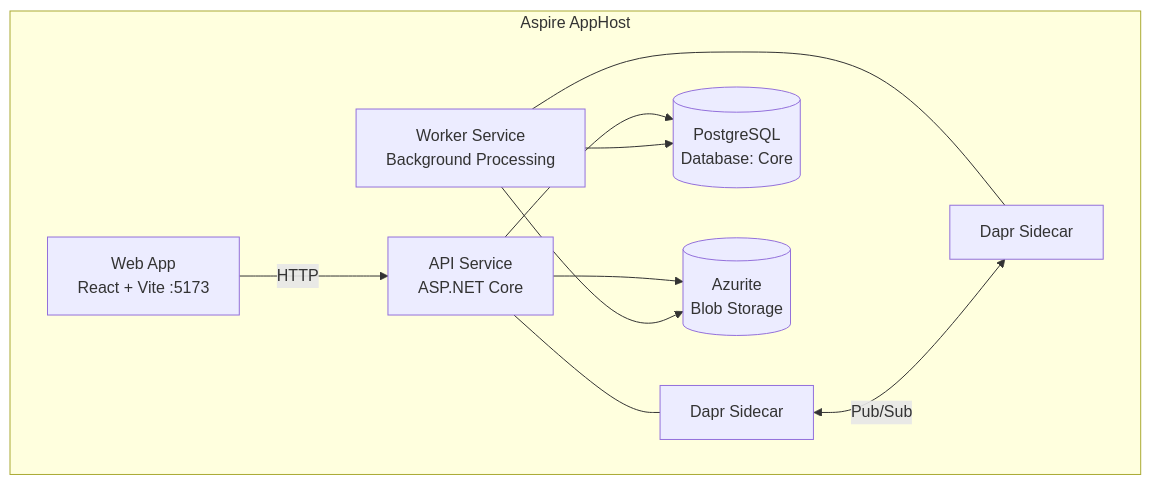
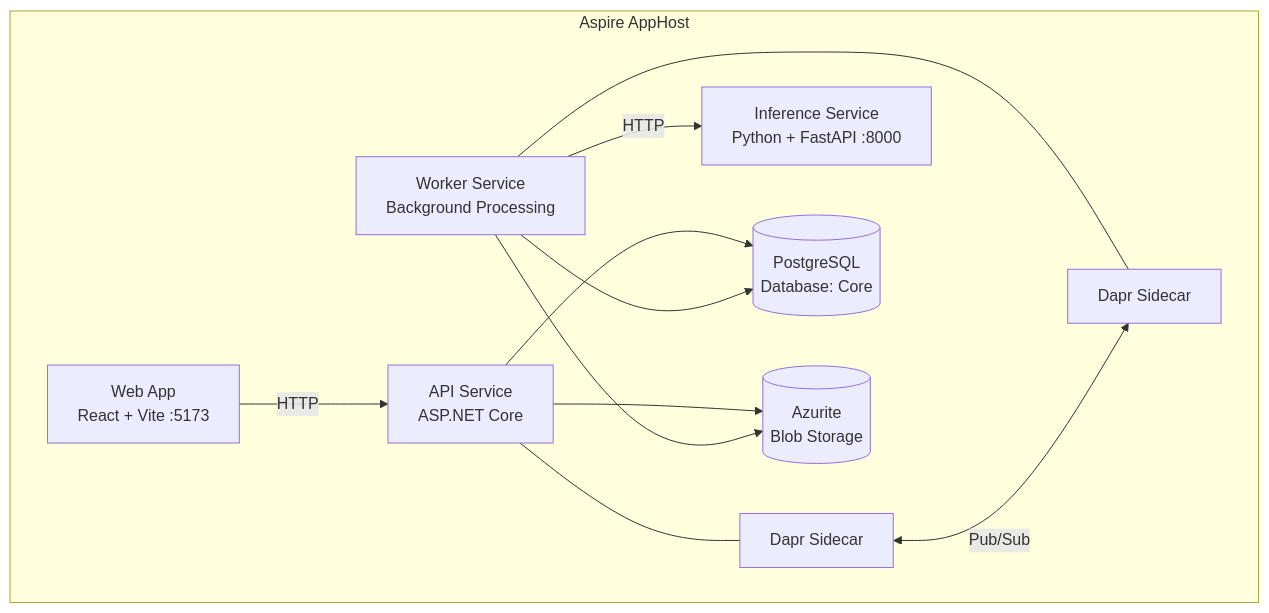
Before and after one commit to saulgaray0131/redact-engine: the diagram in README.md, drawn with Mermaid. The commit also changed other lines of this file and 26 other files, not shown here.

First line of the commit message:
feat: Add Redaction Job functionality and Inference Service integration

````diff
--- a/README.md
+++ b/README.md
@@ -14,21 +14,23 @@
 ```mermaid
 graph TD
     subgraph Aspire AppHost
         Web[Web App<br/>React + Vite :5173]
         API[API Service<br/>ASP.NET Core]
         Worker[Worker Service<br/>Background Processing]
+        Inference[Inference Service<br/>Python + FastAPI :8000]
         DB[(PostgreSQL<br/>Database: Core)]
         Blob[(Azurite<br/>Blob Storage)]
         DaprAPI[Dapr Sidecar]
         DaprWorker[Dapr Sidecar]
     end
 
     Web -- HTTP --> API
     API --- DaprAPI
     Worker --- DaprWorker
     DaprAPI <-- Pub/Sub --> DaprWorker
+    Worker -- HTTP --> Inference
     API --> DB
     API --> Blob
     Worker --> DB
     Worker --> Blob
 ```
````
